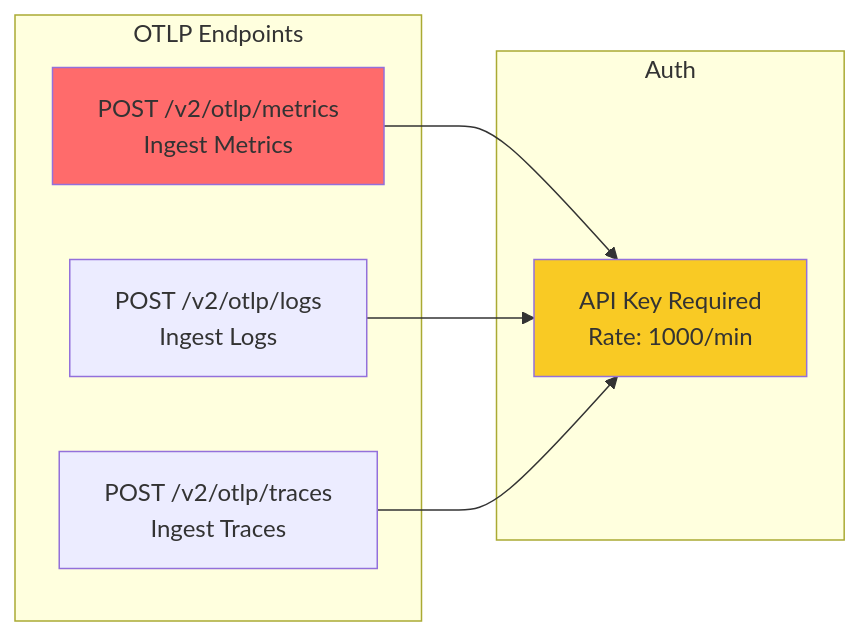
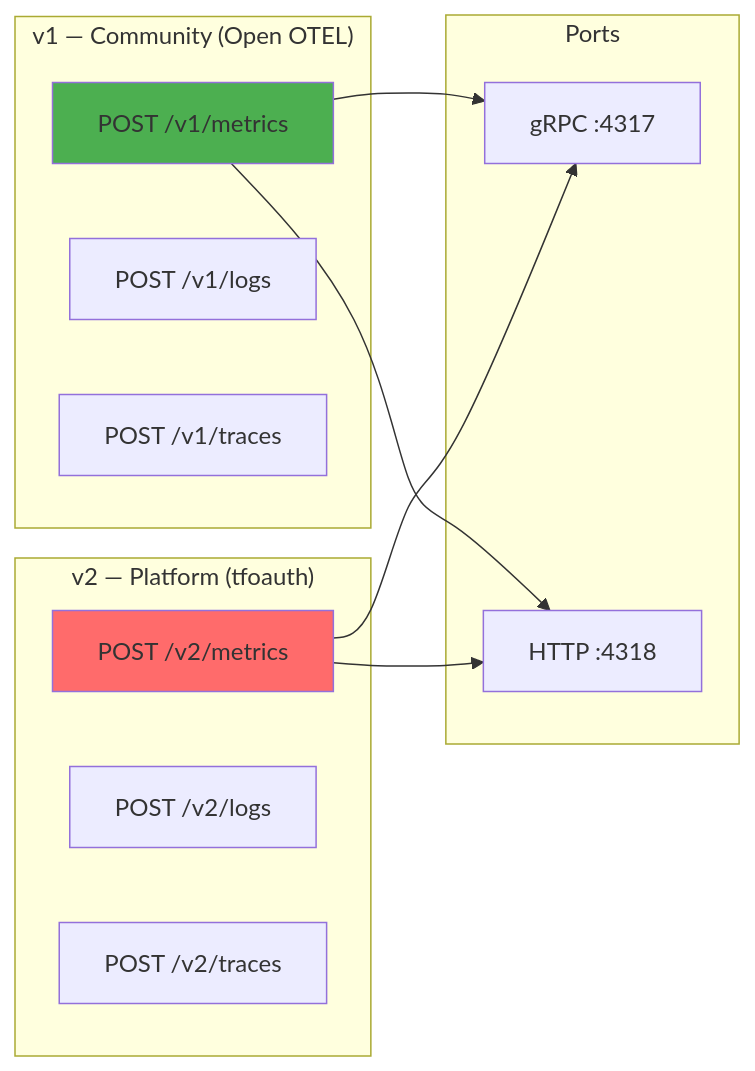
One commit to telemetryflow/telemetryflow-overview changed the first of 4 diagrams in shared/API-REFERENCE.md. Above: the diagram before and after it, drawn with Mermaid. The commit also changed other lines of this file and 68 other files, not shown here.

````diff
--- a/shared/API-REFERENCE.md
+++ b/shared/API-REFERENCE.md
@@ -49,19 +53,27 @@
 ```mermaid
 graph LR
-    subgraph "OTLP Endpoints"
-        A[POST /v2/otlp/metrics<br/>Ingest Metrics]
-        B[POST /v2/otlp/logs<br/>Ingest Logs]
-        C[POST /v2/otlp/traces<br/>Ingest Traces]
+    subgraph "v1 — Community (Open OTEL)"
+        A1[POST /v1/metrics]
+        A2[POST /v1/logs]
+        A3[POST /v1/traces]
     end
 
-    subgraph "Auth"
-        D[API Key Required<br/>Rate: 1000/min]
+    subgraph "v2 — Platform (tfoauth)"
+        B1[POST /v2/metrics]
+        B2[POST /v2/logs]
+        B3[POST /v2/traces]
     end
 
-    A --> D
-    B --> D
-    C --> D
+    subgraph "Ports"
+        C[gRPC :4317]
+        D[HTTP :4318]
+    end
 
-    style A fill:#ff6b6b
-    style D fill:#f9ca24
+    A1 --> C
+    A1 --> D
+    B1 --> C
+    B1 --> D
+
+    style A1 fill:#4CAF50
+    style B1 fill:#ff6b6b
 ```
````
